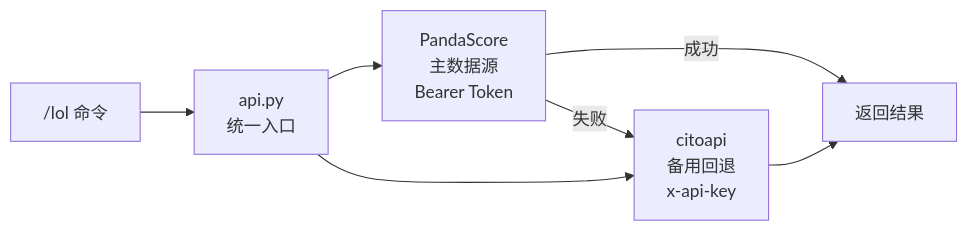
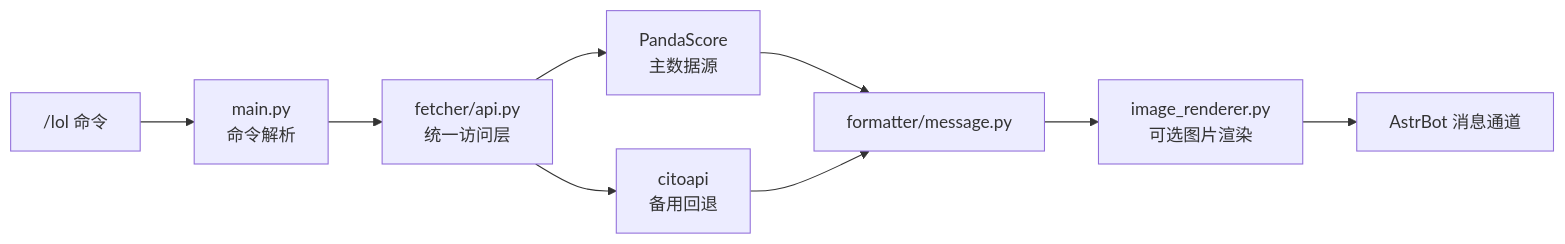
One commit to serine-0421/astrbot-workspace changed the first of 2 diagrams in README.md. Above: the diagram before and after it, drawn with Mermaid. The commit also changed other lines of this file and 4 other files, not shown here.

````diff
--- a/README.md
+++ b/README.md
@@ -10,9 +12,11 @@
 ```mermaid
 flowchart LR
-    CMD["/lol 命令"] --> API["api.py<br/>统一入口"]
-    API --> PS["PandaScore<br/>主数据源<br/>Bearer Token"]
-    API --> CITO["citoapi<br/>备用回退<br/>x-api-key"]
-    PS -->|成功| RESULT["返回结果"]
-    PS -->|失败| CITO
-    CITO --> RESULT
+    CMD["/lol 命令"] --> MAIN["main.py<br/>命令解析"]
+    MAIN --> API["fetcher/api.py<br/>统一访问层"]
+    API --> PS["PandaScore<br/>主数据源"]
+    API --> CITO["citoapi<br/>备用回退"]
+    PS --> FORMAT["formatter/message.py"]
+    CITO --> FORMAT
+    FORMAT --> IMG["image_renderer.py<br/>可选图片渲染"]
+    IMG --> OUT["AstrBot 消息通道"]
 ```
````
